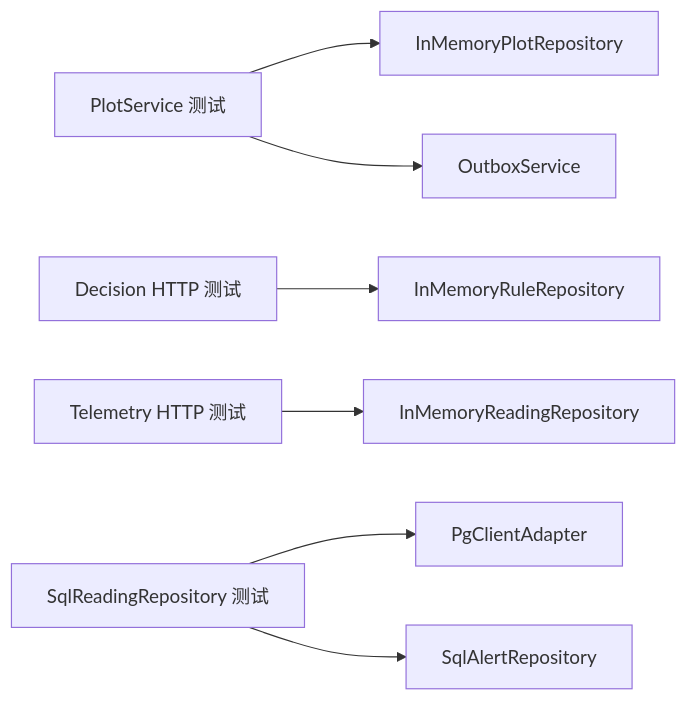
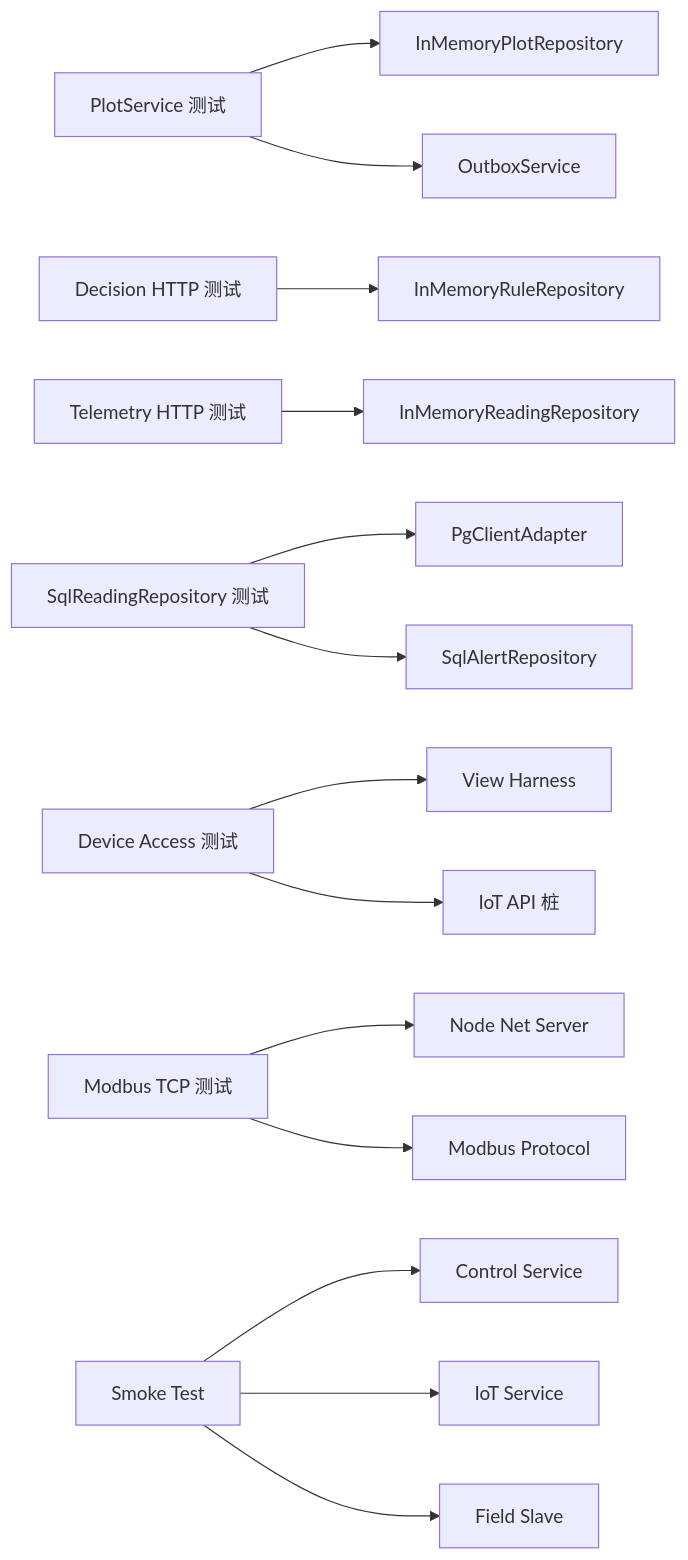
Before and after one commit to q446328246/agri-platform: the ninth of 9 diagrams in .qoder/repowiki/zh/content/开发指南/微服务开发规范/测试策略.md, drawn with Mermaid. The commit also changed other lines of this file and 25 other files, not shown here.

````diff
--- a/.qoder/repowiki/zh/content/开发指南/微服务开发规范/测试策略.md
+++ b/.qoder/repowiki/zh/content/开发指南/微服务开发规范/测试策略.md
@@ -325,9 +463,16 @@
 ```mermaid
 graph LR
 PS["PlotService 测试"] --> PR["InMemoryPlotRepository"]
 PS --> OP["OutboxService"]
 DS["Decision HTTP 测试"] --> DR["InMemoryRuleRepository"]
 TS["Telemetry HTTP 测试"] --> TR["InMemoryReadingRepository"]
 SR["SqlReadingRepository 测试"] --> DB["PgClientAdapter"]
 SR --> AR["SqlAlertRepository"]
+DA["Device Access 测试"] --> VH["View Harness"]
+DA --> API["IoT API 桩"]
+MT["Modbus TCP 测试"] --> NS["Node Net Server"]
+MT --> MB["Modbus Protocol"]
+SP["Smoke Test"] --> CS["Control Service"]
+SP --> IS["IoT Service"]
+SP --> FS["Field Slave"]
 ```
````
